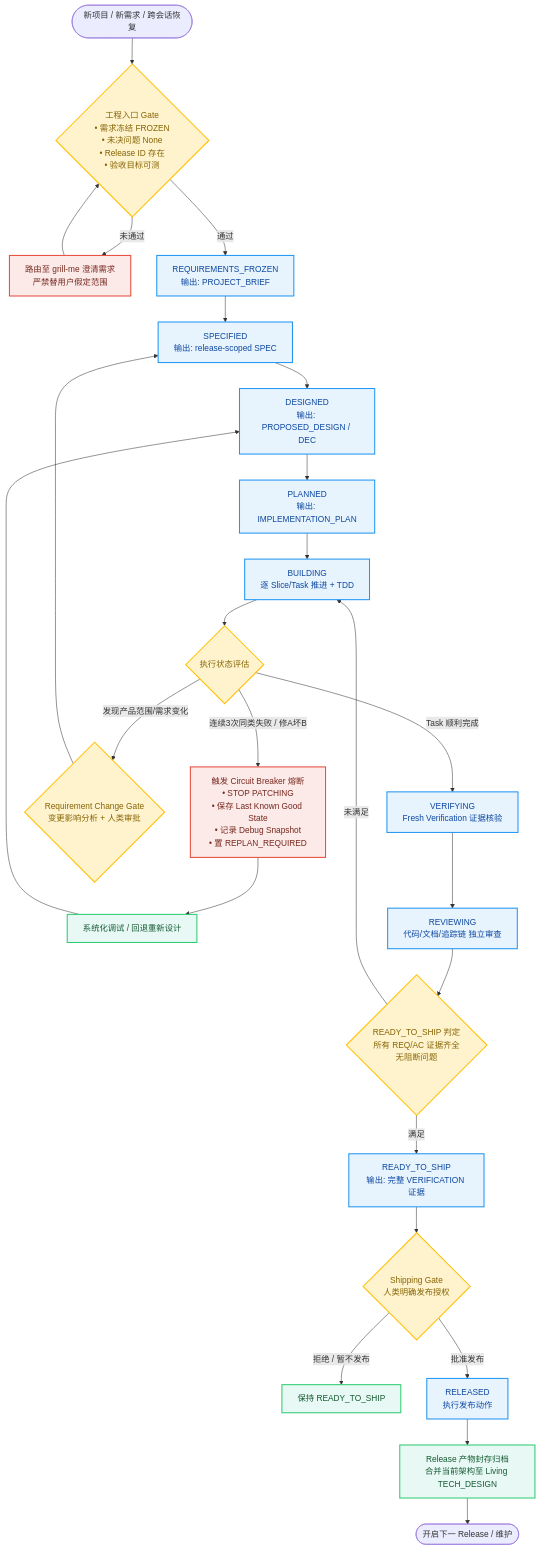
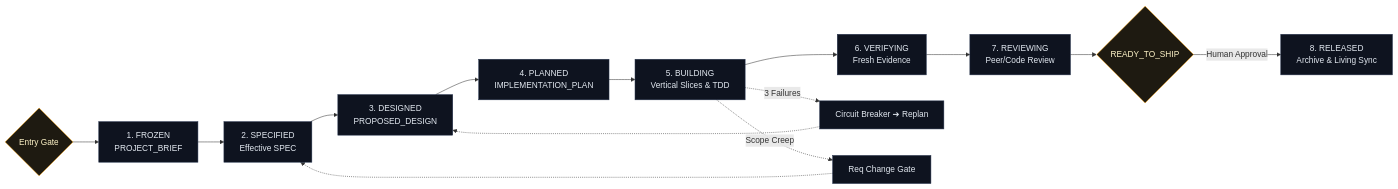
One commit to sz-xiaohuolong/vibe-workflow changed the diagram in README.md. Above: the diagram before and after it, drawn with Mermaid. The commit also changed other lines of this file and 26 other files, not shown here.

````diff
--- a/README.md
+++ b/README.md
@@ -37,45 +76,22 @@
 ```mermaid
-flowchart TD
-    %% Global Styling
-    classDef gate fill:#fff3cd,stroke:#ffc107,stroke-width:2px,color:#856404;
-    classDef state fill:#e8f4fd,stroke:#2196f3,stroke-width:2px,color:#0d47a1;
-    classDef action fill:#e8f8f5,stroke:#2ecc71,stroke-width:2px,color:#145a32;
-    classDef danger fill:#fbeae8,stroke:#e74c3c,stroke-width:2px,color:#78281f;
+flowchart LR
+    Gate{Entry Gate} --> Freeze[1. FROZEN<br/>PROJECT_BRIEF]
+    Freeze --> Spec[2. SPECIFIED<br/>Effective SPEC]
+    Spec --> Design[3. DESIGNED<br/>PROPOSED_DESIGN]
+    Design --> Plan[4. PLANNED<br/>IMPLEMENTATION_PLAN]
+    Plan --> Build[5. BUILDING<br/>Vertical Slices & TDD]
+    Build --> Verify[6. VERIFYING<br/>Fresh Evidence]
+    Verify --> Review[7. REVIEWING<br/>Peer/Code Review]
+    Review --> Ready{READY_TO_SHIP}
+    Ready -->|Human Approval| Ship[8. RELEASED<br/>Archive & Living Sync]
 
-    Start([新项目 / 新需求 / 跨会话恢复]) --> EntryGate{工程入口 Gate<br/>• 需求冻结 FROZEN<br/>• 未决问题 None<br/>• Release ID 存在<br/>• 验收目标可测}:::gate
+    %% Failure recovery loops
+    Build -.->|3 Failures| CB[Circuit Breaker ➔ Replan]
+    CB -.-> Design
+    Build -.->|Scope Creep| RG[Req Change Gate]
+    RG -.-> Spec
 
-    EntryGate -- 未通过 --> Clarify[路由至 grill-me 澄清需求<br/>严禁替用户假定范围]:::danger
-    Clarify --> EntryGate
-
-    EntryGate -- 通过 --> S1[REQUIREMENTS_FROZEN<br/>输出: PROJECT_BRIEF]:::state
-    S1 --> S2[SPECIFIED<br/>输出: release-scoped SPEC]:::state
-    S2 --> S3[DESIGNED<br/>输出: PROPOSED_DESIGN / DEC]:::state
-    S3 --> S4[PLANNED<br/>输出: IMPLEMENTATION_PLAN]:::state
-
-    S4 --> S5[BUILDING<br/>逐 Slice/Task 推进 + TDD]:::state
-
-    %% Execution & Circuit Breaker
-    S5 --> LoopCheck{执行状态评估}:::gate
-    LoopCheck -- 连续3次同类失败 / 修A坏B --> CircuitBreaker[触发 Circuit Breaker 熔断<br/>• STOP PATCHING<br/>• 保存 Last Known Good State<br/>• 记录 Debug Snapshot<br/>• 置 REPLAN_REQUIRED]:::danger
-    CircuitBreaker --> Replan[系统化调试 / 回退重新设计]:::action
-    Replan --> S3
-
-    LoopCheck -- 发现产品范围/需求变化 --> ReqChangeGate{Requirement Change Gate<br/>变更影响分析 + 人类审批}:::gate
-    ReqChangeGate --> S2
-
-    LoopCheck -- Task 顺利完成 --> S6[VERIFYING<br/>Fresh Verification 证据核验]:::state
-
-    %% Verification & Shipping
-    S6 --> S7[REVIEWING<br/>代码/文档/追踪链 独立审查]:::state
-    S7 --> ReadyCheck{READY_TO_SHIP 判定<br/>所有 REQ/AC 证据齐全<br/>无阻断问题}:::gate
-
-    ReadyCheck -- 未满足 --> S5
-    ReadyCheck -- 满足 --> S8[READY_TO_SHIP<br/>输出: 完整 VERIFICATION 证据]:::state
-
-    S8 --> ShipGate{Shipping Gate<br/>人类明确发布授权}:::gate
-    ShipGate -- 拒绝 / 暂不发布 --> Standby[保持 READY_TO_SHIP]:::action
-    ShipGate -- 批准发布 --> S9[RELEASED<br/>执行发布动作]:::state
-
-    S9 --> Archive[Release 产物封存归档<br/>合并当前架构至 Living TECH_DESIGN]:::action
-    Archive --> End([开启下一 Release / 维护])
+    classDef default fill:#0e131f,stroke:#26334d,color:#e2e8f0;
+    classDef gate fill:#1e1a11,stroke:#f59e0b,color:#fef3c7;
+    class Gate,Ready gate;
 ```
````
